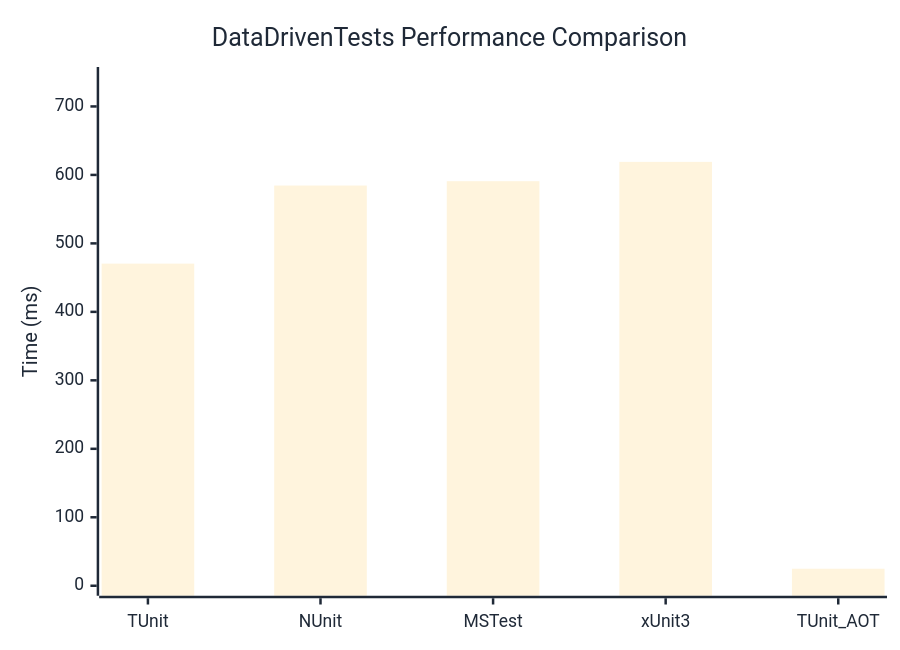
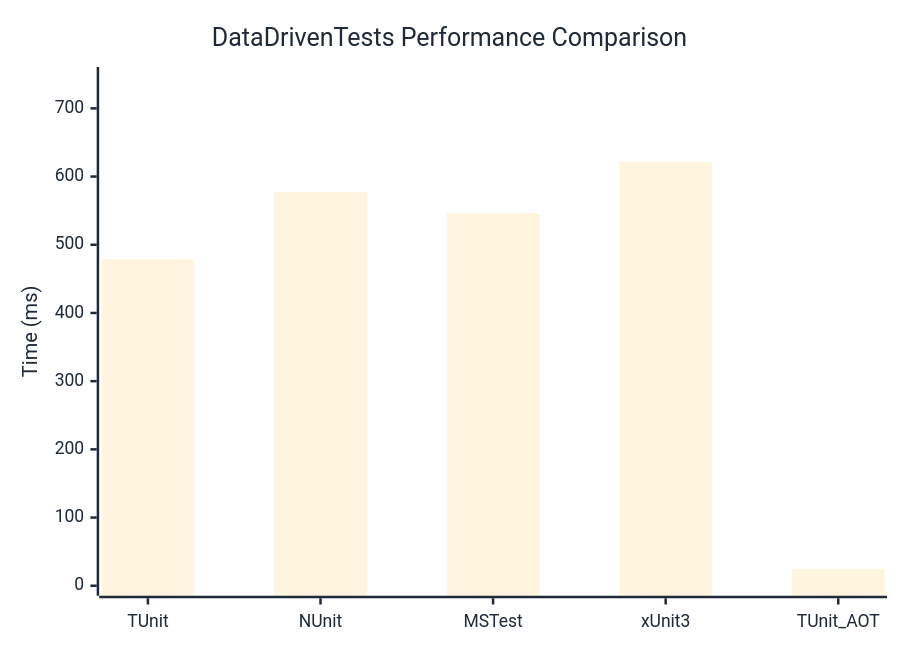
One commit to thomhurst/TUnit changed the diagram in docs/docs/benchmarks/DataDrivenTests.md. Above: the diagram before and after it, drawn with Mermaid. The commit also changed other lines of this file and 17 other files, not shown here.

````diff
--- a/docs/docs/benchmarks/DataDrivenTests.md
+++ b/docs/docs/benchmarks/DataDrivenTests.md
@@ -27,37 +27,37 @@
 ```mermaid
 %%{init: {
   'theme':'base',
   'themeVariables': {
     'primaryColor': '#2563eb',
     'primaryTextColor': '#1f2937',
     'primaryBorderColor': '#1e40af',
     'lineColor': '#6b7280',
     'secondaryColor': '#7c3aed',
     'tertiaryColor': '#dc2626',
     'background': '#ffffff',
     'mainBkg': '#2563eb',
     'secondBkg': '#7c3aed',
     'tertiaryBkg': '#dc2626',
     'clusterBkg': '#f3f4f6',
     'edgeLabelBackground': '#ffffff',
     'tertiaryTextColor': '#1f2937',
     'pie1': '#2563eb',
     'pie2': '#7c3aed',
     'pie3': '#dc2626',
     'pie4': '#f59e0b',
     'pie5': '#10b981',
     'pie6': '#06b6d4',
     'pie7': '#ec4899',
     'pie8': '#6366f1',
     'pie9': '#84cc16',
     'pie10': '#f97316',
     'pie11': '#14b8a6',
     'pie12': '#a855f7'
   }
 }}%%
 xychart-beta
   title "DataDrivenTests Performance Comparison"
   x-axis ["TUnit", "NUnit", "MSTest", "xUnit3", "TUnit_AOT"]
-  y-axis "Time (ms)" 0 --> 743
-  bar [470.44, 584.48, 590.85, 619.06, 24.84]
+  y-axis "Time (ms)" 0 --> 746
+  bar [478.63, 577.42, 546.6, 621.48, 24.92]
 ```
````
